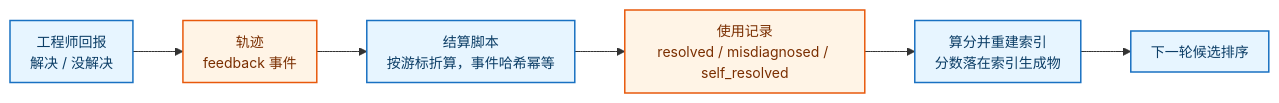
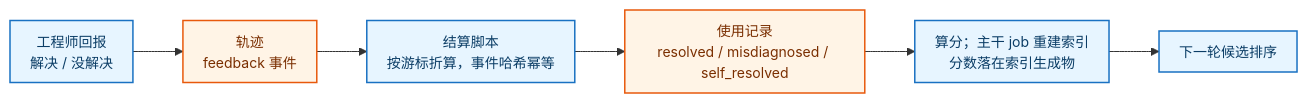
The fourth of 4 diagrams in docs/mechanism/diagnosis-observability.md (Bowen-Leee/ascend-sleuth), drawn with Mermaid before and after one commit. The commit also changed other lines of this file and 18 other files, not shown here.

````diff
--- a/docs/mechanism/diagnosis-observability.md
+++ b/docs/mechanism/diagnosis-observability.md
@@ -405,15 +405,15 @@
 ```mermaid
 %%{init: {'themeVariables':{'fontSize':'14px'},'flowchart':{'curve':'basis','nodeSpacing':40,'rankSpacing':50,'padding':10}}}%%
 flowchart LR
     R1["工程师回报<br/>解决 / 没解决"] --> T["轨迹<br/>feedback 事件"]
     T --> S["结算脚本<br/>按游标折算，事件哈希幂等"]
     S --> L["使用记录<br/>resolved / misdiagnosed / self_resolved"]
-    L --> C["算分并重建索引<br/>分数落在索引生成物"]
+    L --> C["算分；主干 job 重建索引<br/>分数落在索引生成物"]
     C --> O["下一轮候选排序"]
 
     classDef step fill:#e7f5ff,stroke:#1971c2,stroke-width:1.5px,color:#0b3d66
     classDef store fill:#fff4e6,stroke:#e8590c,stroke-width:1.5px,color:#7a2e00
     class R1,S,C step
     class T,L store
     class O step
 ```
````
